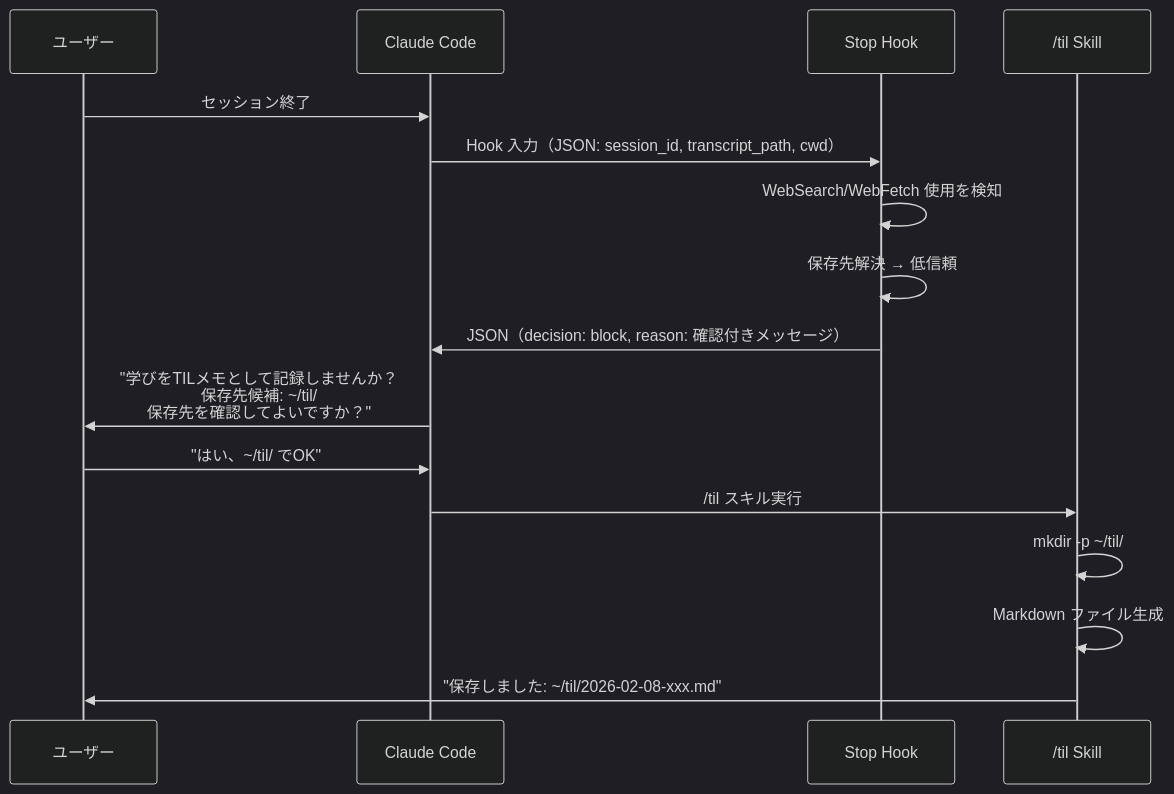
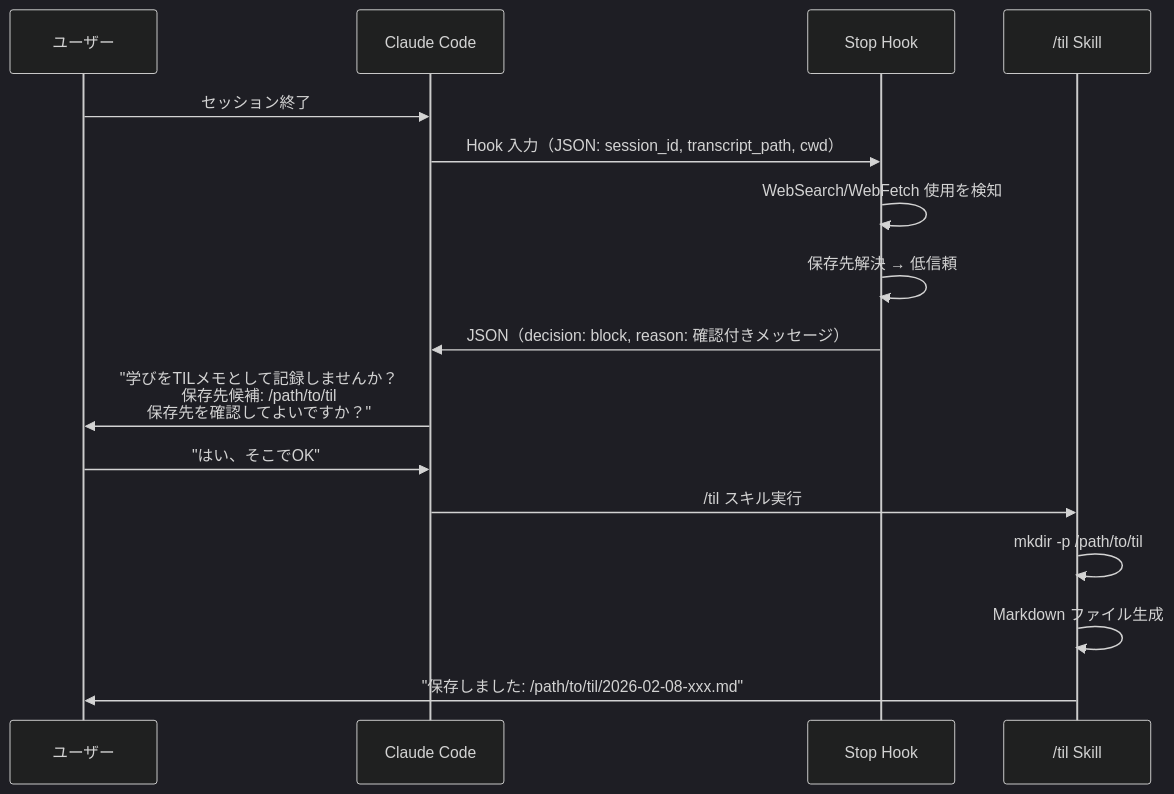
Before and after one commit to qaTororo/til-capture: the second of 4 diagrams in docs/spec/02-ux-patterns.md, drawn with Mermaid (dark theme). The commit also changed other lines of this file and 6 other files, not shown here.

First line of the commit message:
docs: update Living Spec and architecture for v1.0.0 release and v1.1.0 (F-111)

````diff
--- a/docs/spec/02-ux-patterns.md
+++ b/docs/spec/02-ux-patterns.md
@@ -90,19 +91,19 @@
 ```mermaid
 sequenceDiagram
     participant U as ユーザー
     participant C as Claude Code
     participant H as Stop Hook
     participant S as /til Skill
 
     U->>C: セッション終了
     C->>H: Hook 入力（JSON: session_id, transcript_path, cwd）
     H->>H: WebSearch/WebFetch 使用を検知
     H->>H: 保存先解決 → 低信頼
     H->>C: JSON（decision: block, reason: 確認付きメッセージ）
-    C->>U: "学びをTILメモとして記録しませんか？<br/>保存先候補: ~/til/<br/>保存先を確認してよいですか？"
-    U->>C: "はい、~/til/ でOK"
+    C->>U: "学びをTILメモとして記録しませんか？<br/>保存先候補: /path/to/til<br/>保存先を確認してよいですか？"
+    U->>C: "はい、そこでOK"
     C->>S: /til スキル実行
-    S->>S: mkdir -p ~/til/
+    S->>S: mkdir -p /path/to/til
     S->>S: Markdown ファイル生成
-    S->>U: "保存しました: ~/til/2026-02-08-xxx.md"
+    S->>U: "保存しました: /path/to/til/2026-02-08-xxx.md"
 ```
````
